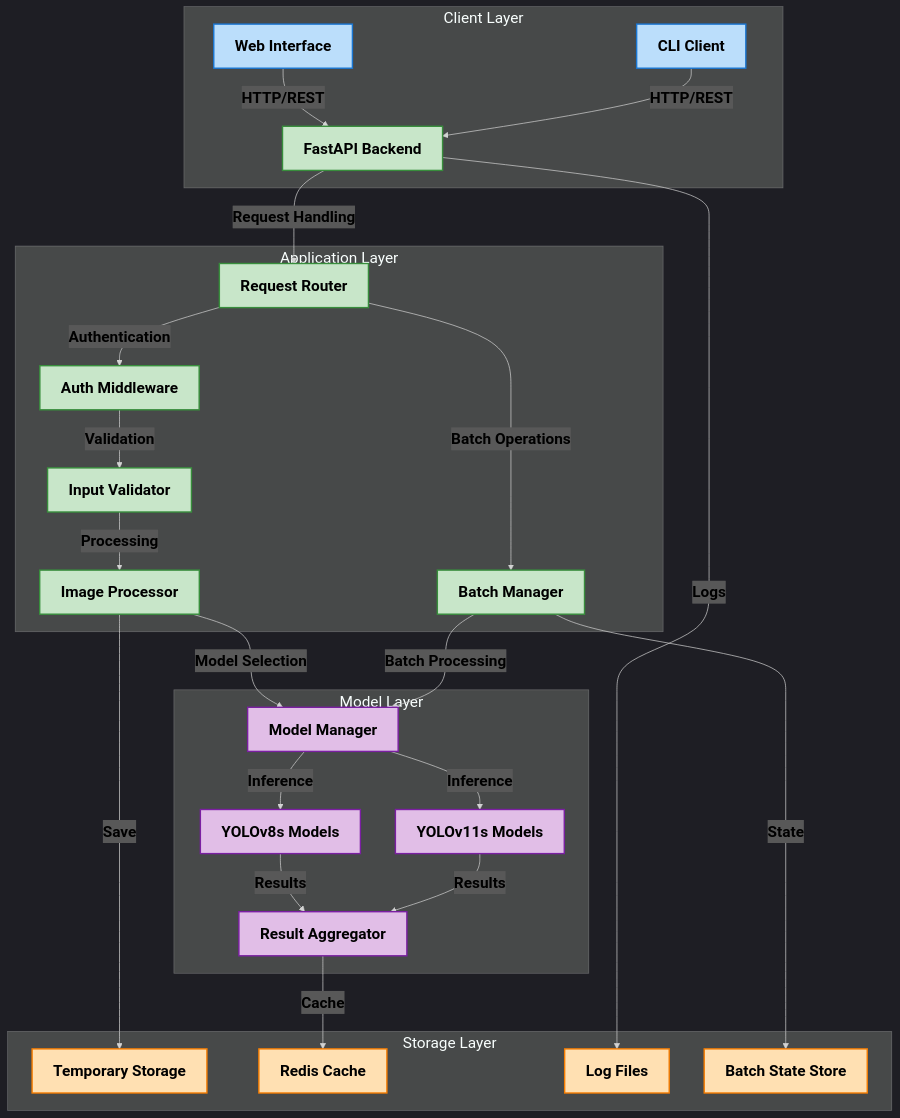
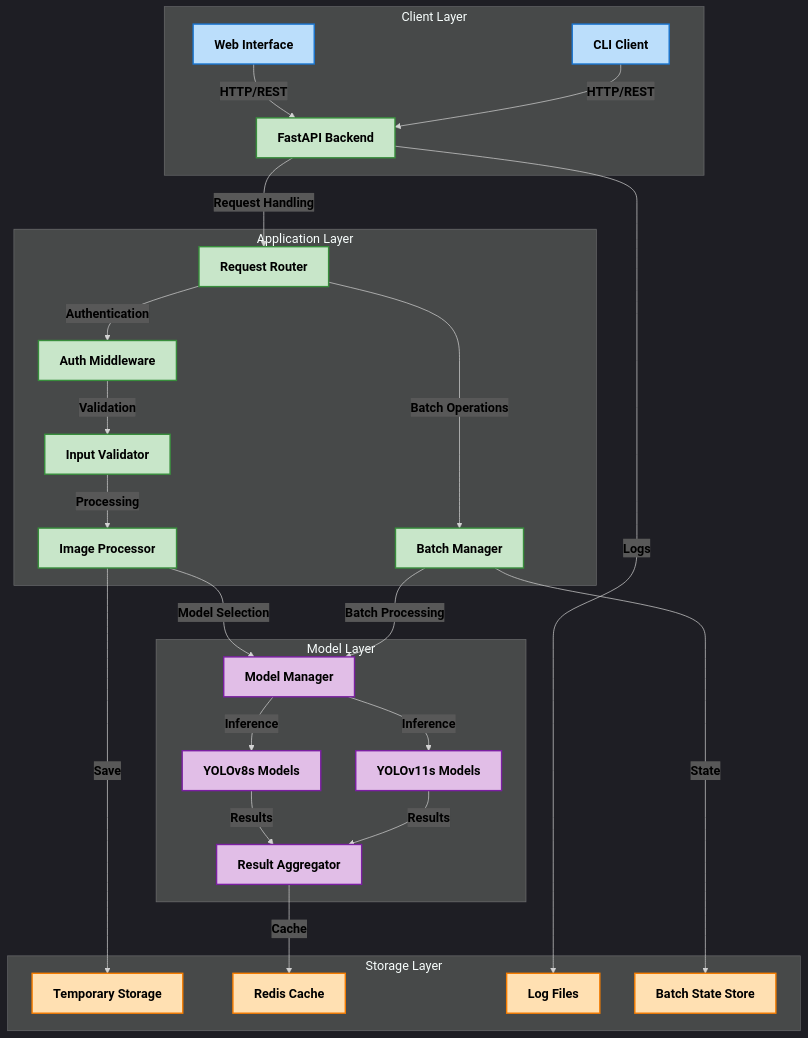
One commit to Dhruv0306/SymphonyProject1 changed the diagram in docs/images/High Level System Overview.mmd. Above: the diagram before and after it, drawn with Mermaid. The commit also changed 25 other files, not shown here.

First line of the commit message:
Update and standardize system architecture diagrams

```diff
--- a/docs/images/High Level System Overview.mmd
+++ b/docs/images/High Level System Overview.mmd
@@ -1,49 +1,49 @@
-%%{init: {'theme': 'dark', 'themeVariables': { 'fontFamily': 'arial', 'fontSize': '22px', 'fontWeight': 'bold'}}}%%
+%%{init: {'theme': 'dark', 'themeVariables': { 'fontFamily': 'arial', 'fontSize': '18px', 'fontWeight': 'bold'}}}%%
 graph TD
     subgraph "Client Layer"
         style A fill:#bbdefb,stroke:#1976d2,stroke-width:2px,color:#000000,font-weight:bold
         style Z fill:#bbdefb,stroke:#1976d2,stroke-width:2px,color:#000000,font-weight:bold
         A["Web Interface"] -->|"HTTP/REST"| B["FastAPI Backend"]
         Z["CLI Client"] -->|"HTTP/REST"| B
     end
 
     subgraph "Application Layer"
         style B fill:#c8e6c9,stroke:#388e3c,stroke-width:2px,color:#000000,font-weight:bold
         style C fill:#c8e6c9,stroke:#388e3c,stroke-width:2px,color:#000000,font-weight:bold
         style D fill:#c8e6c9,stroke:#388e3c,stroke-width:2px,color:#000000,font-weight:bold
         style E fill:#c8e6c9,stroke:#388e3c,stroke-width:2px,color:#000000,font-weight:bold
         style F fill:#c8e6c9,stroke:#388e3c,stroke-width:2px,color:#000000,font-weight:bold
         style X fill:#c8e6c9,stroke:#388e3c,stroke-width:2px,color:#000000,font-weight:bold
         B -->|"Request Handling"| C["Request Router"]
         C -->|"Authentication"| D["Auth Middleware"]
         D -->|"Validation"| E["Input Validator"]
         E -->|"Processing"| F["Image Processor"]
         C -->|"Batch Operations"| X["Batch Manager"]
     end
 
     subgraph "Model Layer"
         style G fill:#e1bee7,stroke:#7b1fa2,stroke-width:2px,color:#000000,font-weight:bold
         style H fill:#e1bee7,stroke:#7b1fa2,stroke-width:2px,color:#000000,font-weight:bold
         style I fill:#e1bee7,stroke:#7b1fa2,stroke-width:2px,color:#000000,font-weight:bold
         style J fill:#e1bee7,stroke:#7b1fa2,stroke-width:2px,color:#000000,font-weight:bold
         F -->|"Model Selection"| G["Model Manager"]
         G -->|"Inference"| H["YOLOv8s Models"]
         G -->|"Inference"| I["YOLOv11s Models"]
         H -->|"Results"| J["Result Aggregator"]
         I -->|"Results"| J
         X -->|"Batch Processing"| G
     end
 
     subgraph "Storage Layer" 
         style K fill:#ffe0b2,stroke:#f57c00,stroke-width:2px,color:#000000,font-weight:bold
         style L fill:#ffe0b2,stroke:#f57c00,stroke-width:2px,color:#000000,font-weight:bold
         style M fill:#ffe0b2,stroke:#f57c00,stroke-width:2px,color:#000000,font-weight:bold
         style N fill:#ffe0b2,stroke:#f57c00,stroke-width:2px,color:#000000,font-weight:bold
         F -->|"Save"| K["Temporary Storage"]
         J -->|"Cache"| L["Redis Cache"]
         B -->|"Logs"| M["Log Files"]
         X -->|"State"| N["Batch State Store"]
     end
 
     %% Style all edge labels
     linkStyle default color:#000000,font-weight:bold
```
